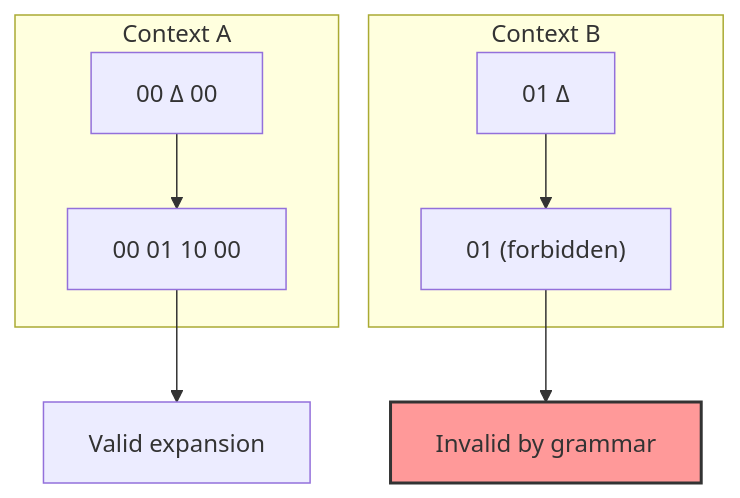
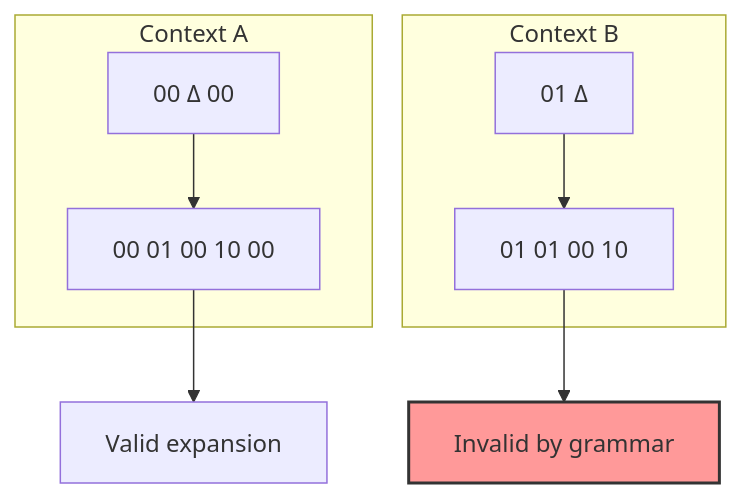
The sixth of 13 diagrams in docs/codex/thread-00-collapse-language/node-08-collapse-symbol-expansion.md (loning/the-binarymath), drawn with Mermaid before and after one commit. The commit also changed other lines of this file and 17 other files, not shown here.

````diff
--- a/docs/codex/thread-00-collapse-language/node-08-collapse-symbol-expansion.md
+++ b/docs/codex/thread-00-collapse-language/node-08-collapse-symbol-expansion.md
@@ -133,15 +133,15 @@
 ```mermaid
 graph TD
     subgraph "Context A"
-        A1["00 Δ 00"] --> A2["00 01 10 00"]
+        A1["00 Δ 00"] --> A2["00 01 00 10 00"]
     end
     
     subgraph "Context B"
-        B1["01 Δ"] --> B2["01 (forbidden)"]
+        B1["01 Δ"] --> B2["01 01 00 10"]
     end
     
     A2 --> VALID["Valid expansion"]
     B2 --> INVALID["Invalid by grammar"]
     
     style INVALID fill:#f99,stroke:#333,stroke-width:2px
 ```
````
